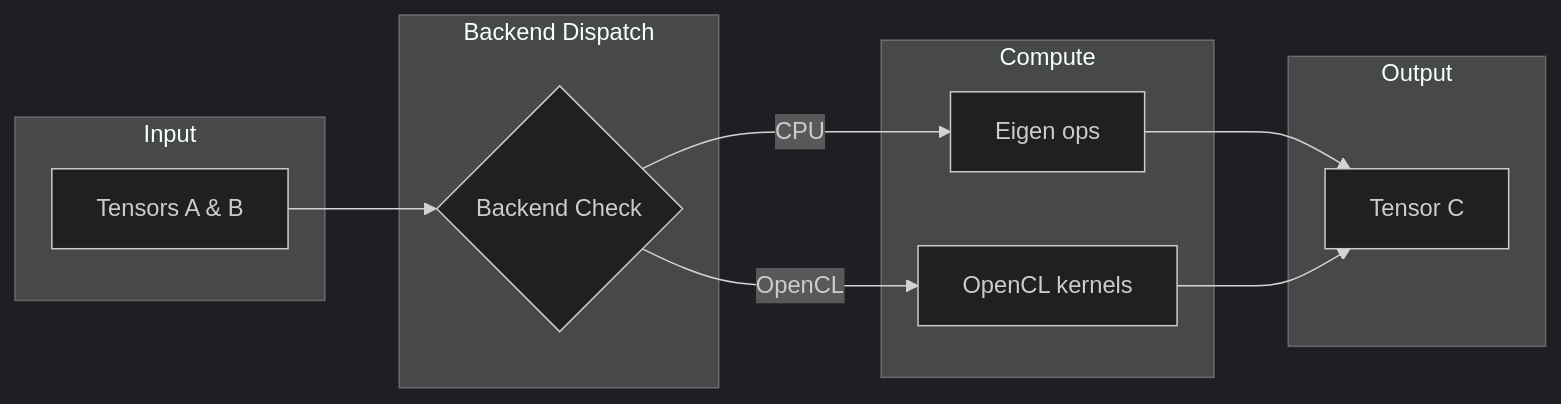
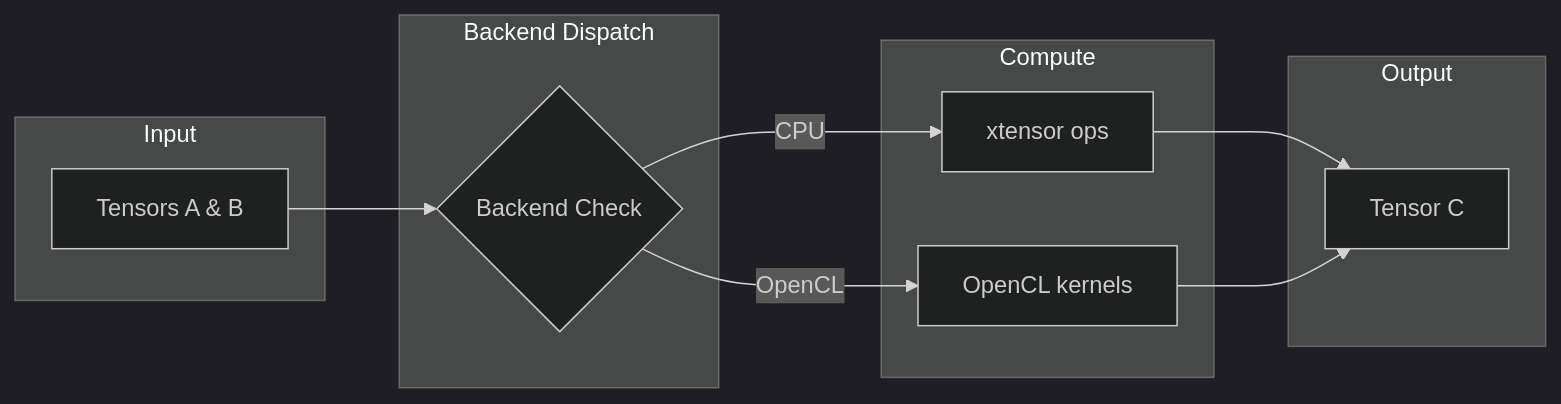
The diagram in software/nn/.wiki/Core/Tensor.md (ensismoebius/doutorado), drawn with Mermaid (dark theme) before and after one commit. The commit also changed other lines of this file and 119 other files, not shown here.

````diff
--- a/software/nn/.wiki/Core/Tensor.md
+++ b/software/nn/.wiki/Core/Tensor.md
@@ -71,25 +71,25 @@
 ```mermaid
 flowchart LR
     subgraph Input
         A[Tensors A & B]
     end
 
     subgraph Backend Dispatch
         check{Backend Check}
     end
 
     subgraph Compute
-        CPU[Eigen ops]
+        CPU[xtensor ops]
         GPU[OpenCL kernels]
     end
 
     subgraph Output
         C[Tensor C]
     end
 
     A --> check
     check -->|CPU| CPU
     check -->|OpenCL| GPU
     CPU --> C
     GPU --> C
 ```
````
